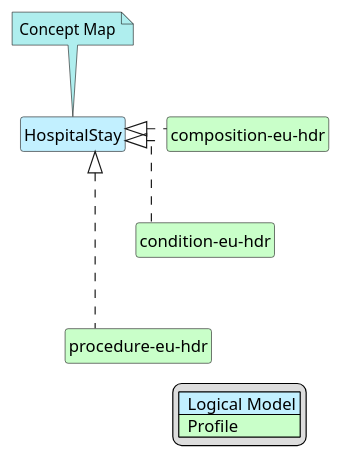
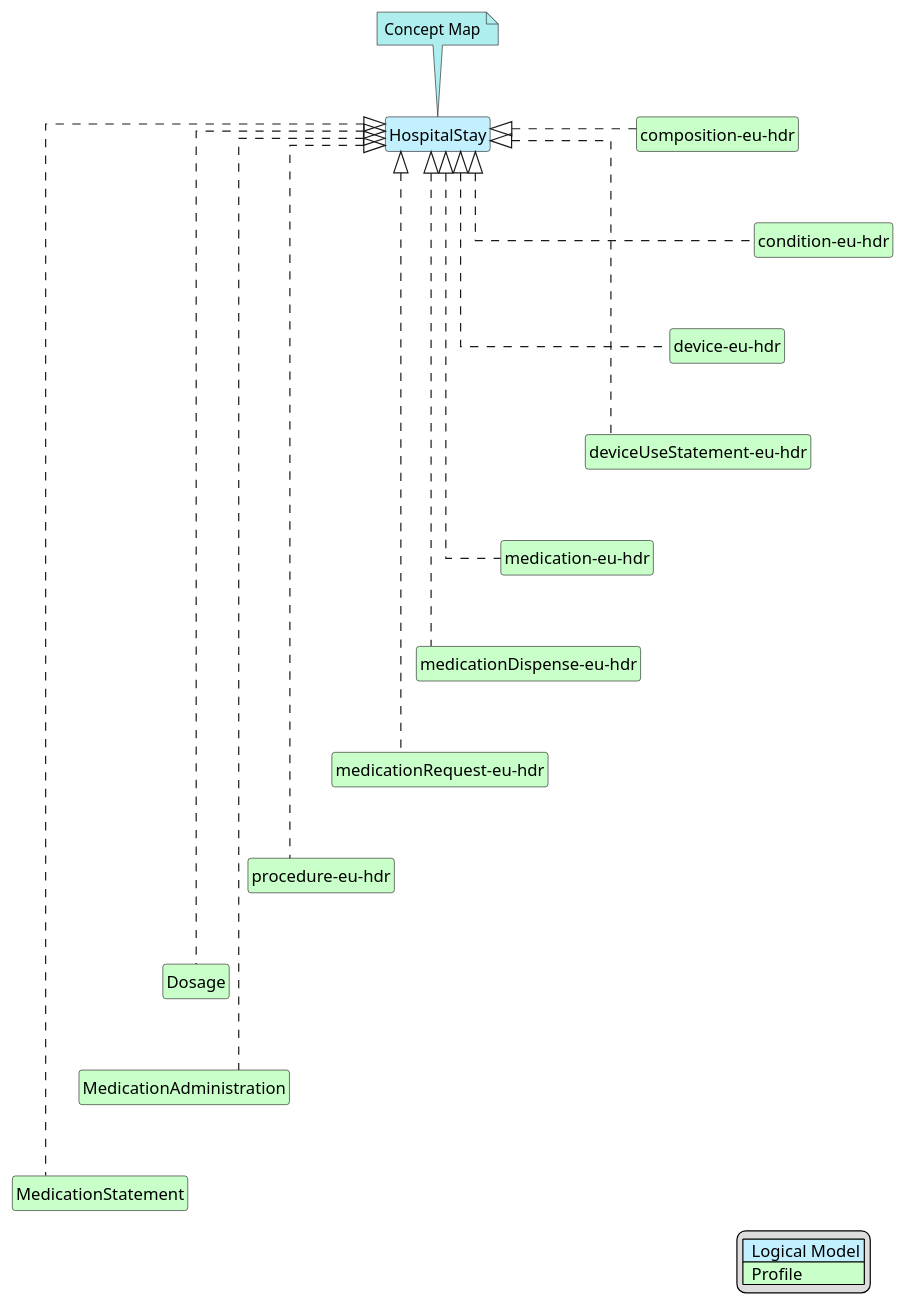
One commit to hl7-eu/hdr changed the diagram in input/images-source/HospitalStay-map.plantuml. Above: the diagram before and after it, drawn with PlantUML. The commit also changed 11 other files, not shown here.

Commit message:
updated Hospital Stay Mapping

```diff
--- a/input/images-source/HospitalStay-map.plantuml
+++ b/input/images-source/HospitalStay-map.plantuml
@@ -1,27 +1,51 @@
 @startuml
 hide circle
 hide stereotype
 hide members
 hide methods
 skinparam linetype ortho
 skinparam class {
 BackgroundColor<<LogicalModel>> #APPLICATION
 BackgroundColor<<Profile>> #TECHNOLOGY
 }
 legend right
 | <#APPLICATION>  Logical Model |
 | <#TECHNOLOGY>  Profile |
 endlegend
 class "HospitalStay" <<LogicalModel>> [[StructureDefinition-HospitalStay.html]]
 note top #PaleTurquoise [[ConceptMap-hospitalStay2FHIR-eu-hdr.html]]
 Concept Map
 endnote
 class "composition-eu-hdr" <<Profile>> [[StructureDefinition-composition-eu-hdr.html]]
 "HospitalStay" <|. "composition-eu-hdr"
 class "condition-eu-hdr" <<Profile>> [[StructureDefinition-condition-eu-hdr.html]]
 "HospitalStay" <|. "condition-eu-hdr"
 "composition-eu-hdr" -d[hidden]-> "condition-eu-hdr"
+class "device-eu-hdr" <<Profile>> [[StructureDefinition-device-eu-hdr.html]]
+"HospitalStay" <|. "device-eu-hdr"
+"condition-eu-hdr" -d[hidden]-> "device-eu-hdr"
+class "deviceUseStatement-eu-hdr" <<Profile>> [[StructureDefinition-deviceUseStatement-eu-hdr.html]]
+"HospitalStay" <|. "deviceUseStatement-eu-hdr"
+"device-eu-hdr" -d[hidden]-> "deviceUseStatement-eu-hdr"
+class "medication-eu-hdr" <<Profile>> [[StructureDefinition-medication-eu-hdr.html]]
+"HospitalStay" <|. "medication-eu-hdr"
+"deviceUseStatement-eu-hdr" -d[hidden]-> "medication-eu-hdr"
+class "medicationDispense-eu-hdr" <<Profile>> [[StructureDefinition-medicationDispense-eu-hdr.html]]
+"HospitalStay" <|. "medicationDispense-eu-hdr"
+"medication-eu-hdr" -d[hidden]-> "medicationDispense-eu-hdr"
+class "medicationRequest-eu-hdr" <<Profile>> [[StructureDefinition-medicationRequest-eu-hdr.html]]
+"HospitalStay" <|. "medicationRequest-eu-hdr"
+"medicationDispense-eu-hdr" -d[hidden]-> "medicationRequest-eu-hdr"
 class "procedure-eu-hdr" <<Profile>> [[StructureDefinition-procedure-eu-hdr.html]]
 "HospitalStay" <|. "procedure-eu-hdr"
-"condition-eu-hdr" -d[hidden]-> "procedure-eu-hdr"
+"medicationRequest-eu-hdr" -d[hidden]-> "procedure-eu-hdr"
+class "Dosage" <<Profile>> [[http://hl7.org/fhir/StructureDefinition/Dosage]]
+"HospitalStay" <|. "Dosage"
+"procedure-eu-hdr" -d[hidden]-> "Dosage"
+class "MedicationAdministration" <<Profile>> [[http://hl7.org/fhir/StructureDefinition/MedicationAdministration]]
+"HospitalStay" <|. "MedicationAdministration"
+"Dosage" -d[hidden]-> "MedicationAdministration"
+class "MedicationStatement" <<Profile>> [[http://hl7.org/fhir/StructureDefinition/MedicationStatement]]
+"HospitalStay" <|. "MedicationStatement"
+"MedicationAdministration" -d[hidden]-> "MedicationStatement"
 @enduml
```
